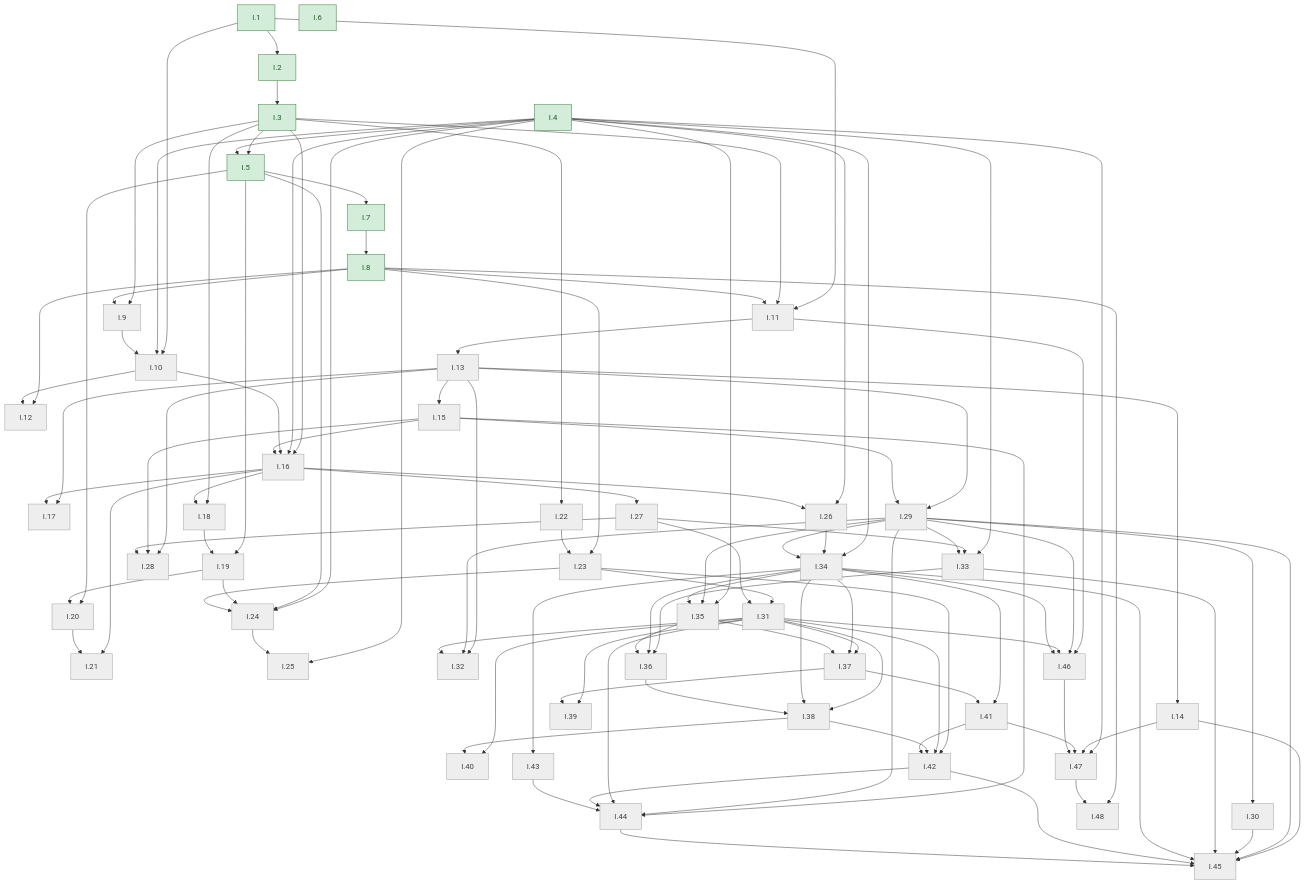
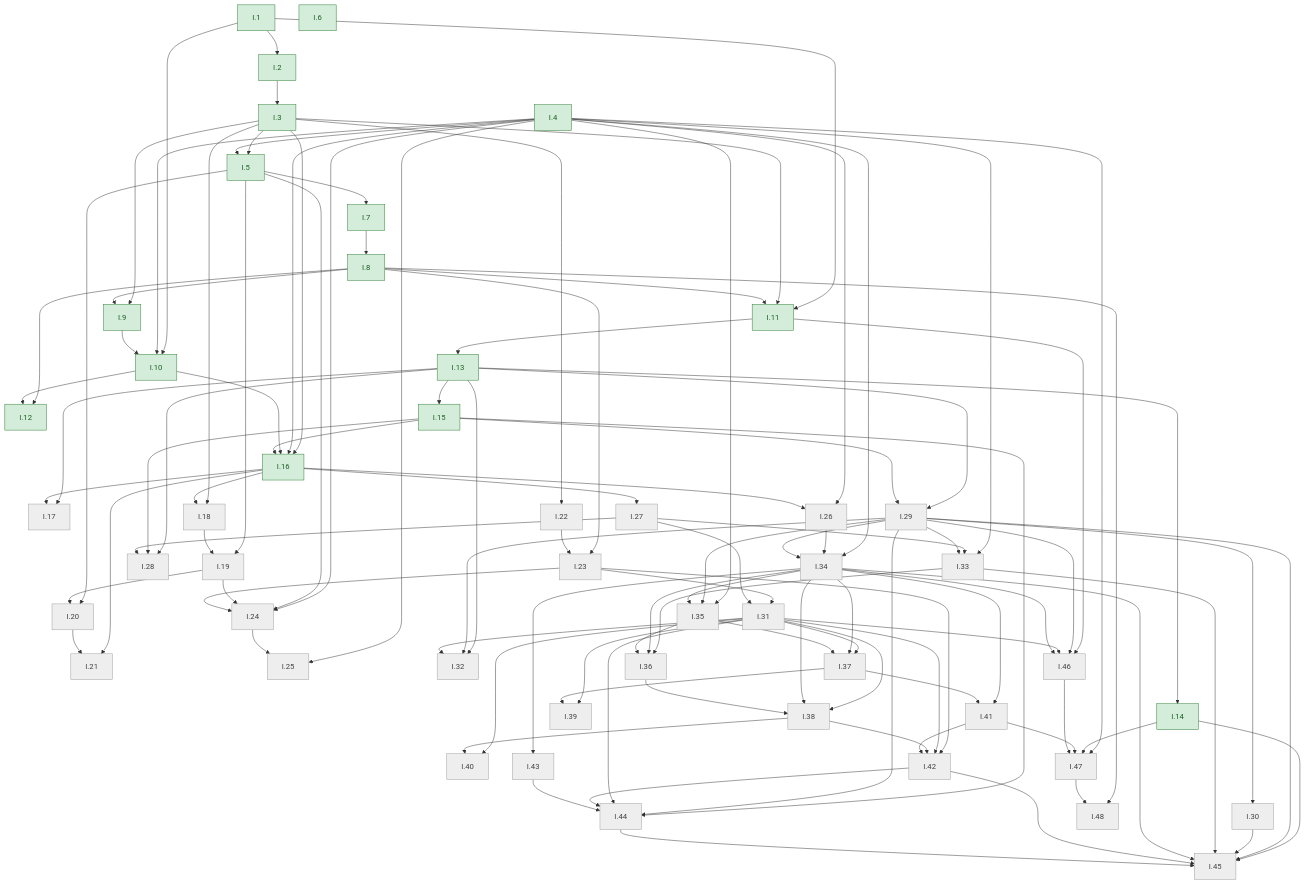
The diagram in GRAPH.md (dodecaplex-co/stoicheia), drawn with Mermaid before and after one commit. The commit also changed 12 other files, not shown here.

````diff
--- a/GRAPH.md
+++ b/GRAPH.md
@@ -165,6 +165,6 @@
   I47 --> I48
   classDef proved fill:#d4edda,stroke:#2e7d32,color:#1b5e20
   classDef sketched fill:#eeeeee,stroke:#9e9e9e,color:#424242
-  class I1,I2,I3,I4,I5,I6,I7,I8 proved
-  class I9,I10,I11,I12,I13,I14,I15,I16,I17,I18,I19,I20,I21,I22,I23,I24,I25,I26,I27,I28,I29,I30,I31,I32,I33,I34,I35,I36,I37,I38,I39,I40,I41,I42,I43,I44,I45,I46,I47,I48 sketched
+  class I1,I2,I3,I4,I5,I6,I7,I8,I9,I10,I11,I12,I13,I14,I15,I16 proved
+  class I17,I18,I19,I20,I21,I22,I23,I24,I25,I26,I27,I28,I29,I30,I31,I32,I33,I34,I35,I36,I37,I38,I39,I40,I41,I42,I43,I44,I45,I46,I47,I48 sketched
 ```
````
